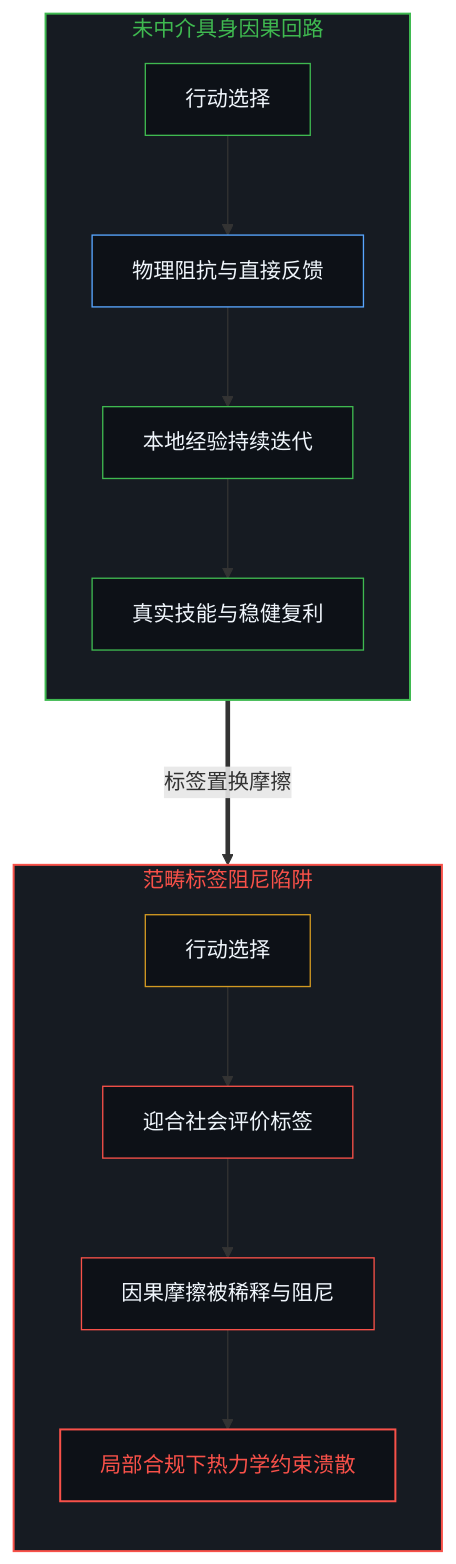
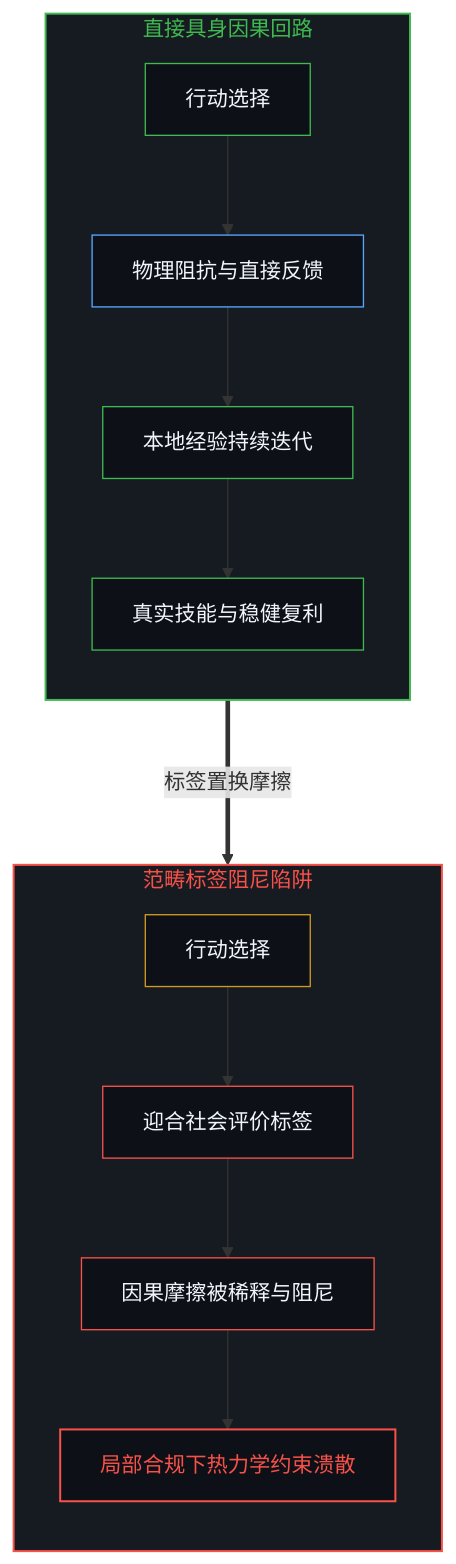
Before and after one commit to powerpig99/not-a-toe: the fifth of 6 diagrams in content/posts/compulsory-kindness-and-the-obscuration-of-categorical-feedback.md, drawn with Mermaid. The commit also changed other lines of this file and 12 other files, not shown here.

````diff
--- a/content/posts/compulsory-kindness-and-the-obscuration-of-categorical-feedback.md
+++ b/content/posts/compulsory-kindness-and-the-obscuration-of-categorical-feedback.md
@@ -139,29 +139,29 @@
 ```mermaid
 flowchart TD
-    subgraph S_Physical["未中介具身因果回路"]
+    subgraph S_Physical["直接具身因果回路"]
         direction TB
         P1["行动选择"] --> P2["物理阻抗与直接反馈"]
         P2 --> P3["本地经验持续迭代"]
         P3 --> P4["真实技能与稳健复利"]
     end
 
     subgraph S_Categorical["范畴标签阻尼陷阱"]
         direction TB
         C1["行动选择"] --> C2["迎合社会评价标签"]
         C2 --> C3["因果摩擦被稀释与阻尼"]
         C3 --> C4["局部合规下热力学约束溃散"]
     end
 
     P2 ===>|"标签置换摩擦"| C2
 
     style S_Physical fill:#161b22,stroke:#3fb950,stroke-width:1.5px,color:#3fb950
     style S_Categorical fill:#161b22,stroke:#f85149,stroke-width:1.5px,color:#f85149
     style P1 fill:#0d1117,stroke:#3fb950,stroke-width:1px,color:#f0f6fc
     style P2 fill:#0d1117,stroke:#58a6ff,stroke-width:1px,color:#f0f6fc
     style P3 fill:#0d1117,stroke:#3fb950,stroke-width:1px,color:#f0f6fc
     style P4 fill:#0d1117,stroke:#3fb950,stroke-width:1px,color:#f0f6fc
     style C1 fill:#0d1117,stroke:#d29922,stroke-width:1px,color:#f0f6fc
     style C2 fill:#0d1117,stroke:#f85149,stroke-width:1px,color:#f0f6fc
     style C3 fill:#0d1117,stroke:#f85149,stroke-width:1px,color:#f0f6fc
     style C4 fill:#0d1117,stroke:#f85149,stroke-width:1.5px,color:#f85149
 ```
````
